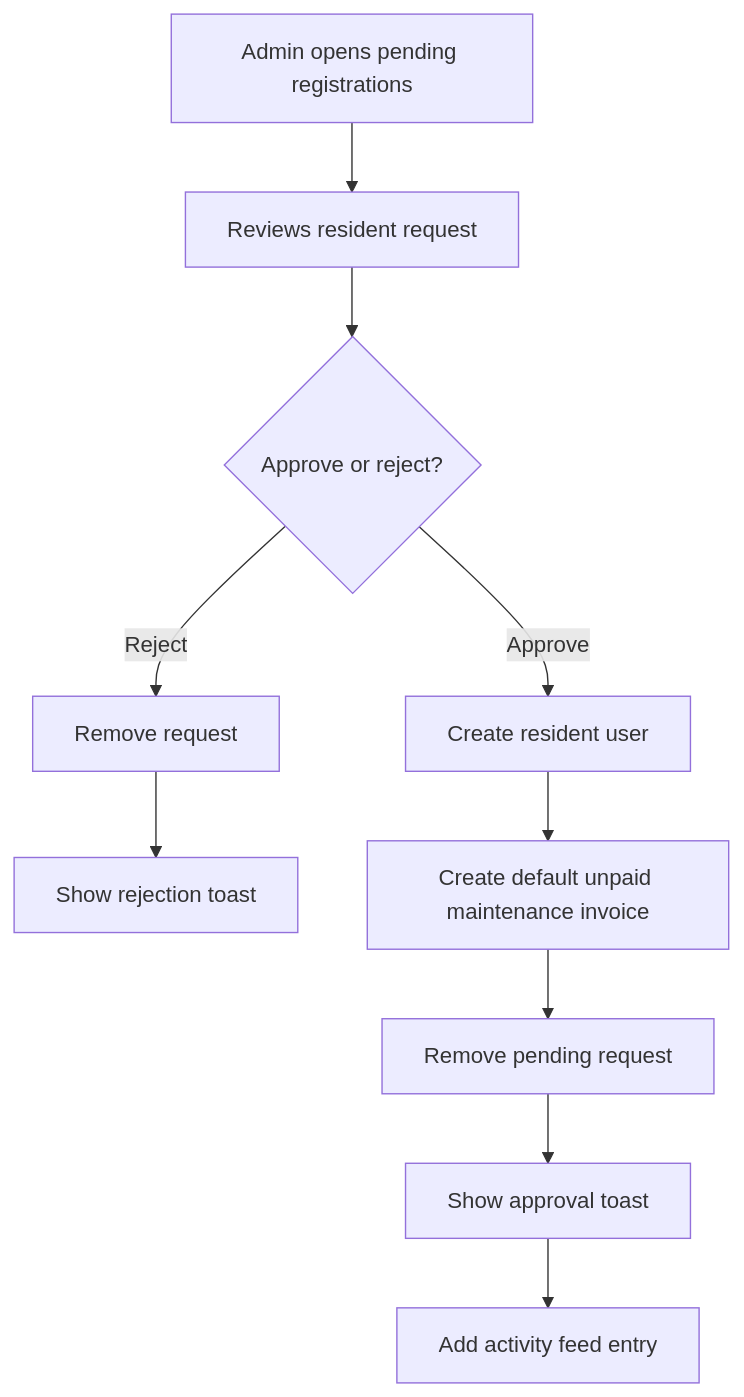
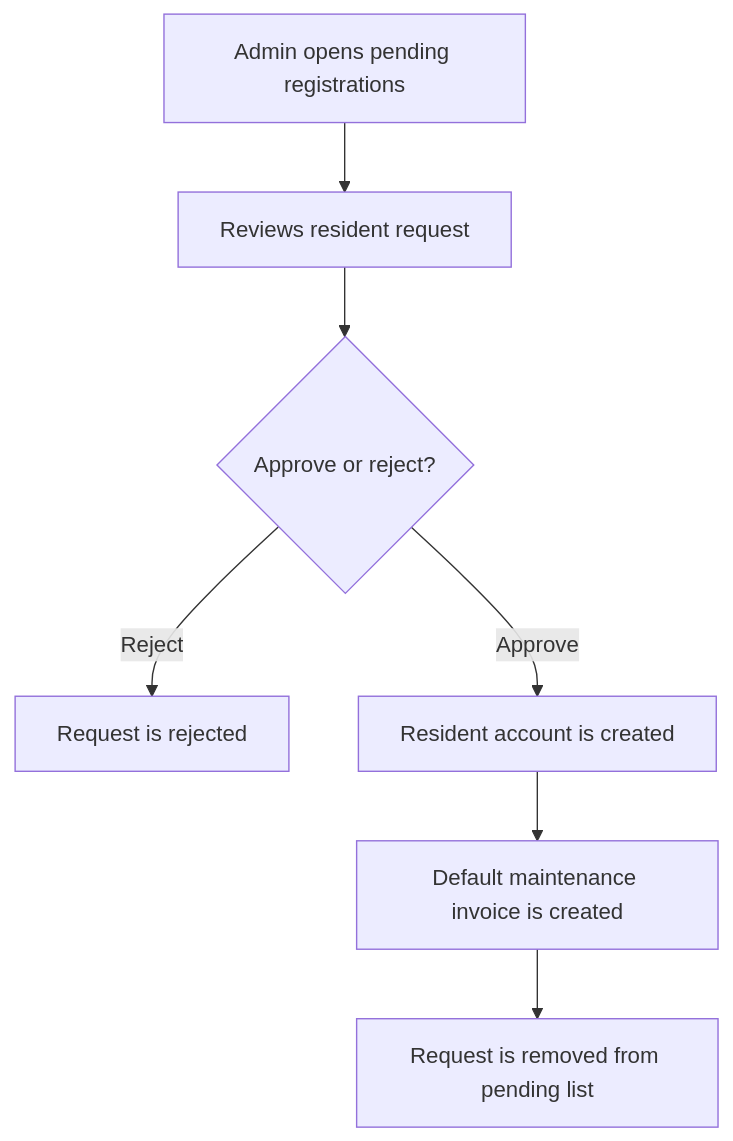
Diagram 11 of 20 in implemented_flows.md (painful-bug/MAY2026-Team-035), drawn with Mermaid before and after one commit. The commit also changed other lines of this file, not shown here.

First line of the commit message:
Simplify flow documentation

````diff
--- a/implemented_flows.md
+++ b/implemented_flows.md
@@ -224,12 +120,9 @@
 ```mermaid
 flowchart TD
   A[Admin opens pending registrations] --> B[Reviews resident request]
   B --> C{Approve or reject?}
-  C -->|Reject| D[Remove request]
-  D --> E[Show rejection toast]
-  C -->|Approve| F[Create resident user]
-  F --> G[Create default unpaid maintenance invoice]
-  G --> H[Remove pending request]
-  H --> I[Show approval toast]
-  I --> J[Add activity feed entry]
+  C -->|Reject| D[Request is rejected]
+  C -->|Approve| E[Resident account is created]
+  E --> F[Default maintenance invoice is created]
+  F --> G[Request is removed from pending list]
 ```
````
